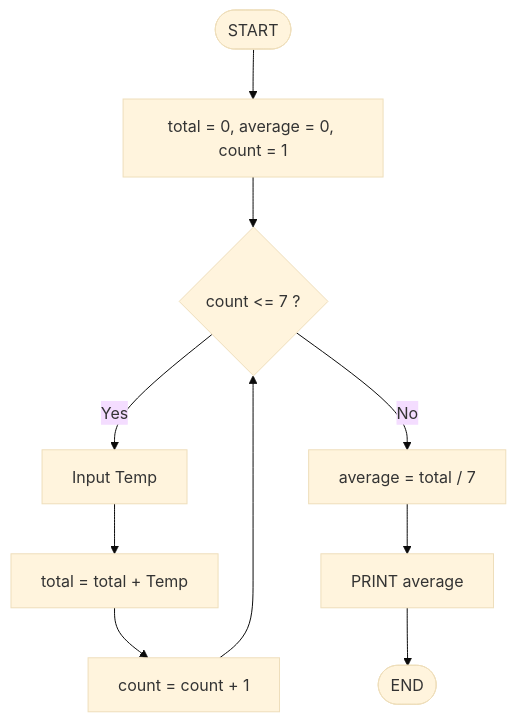
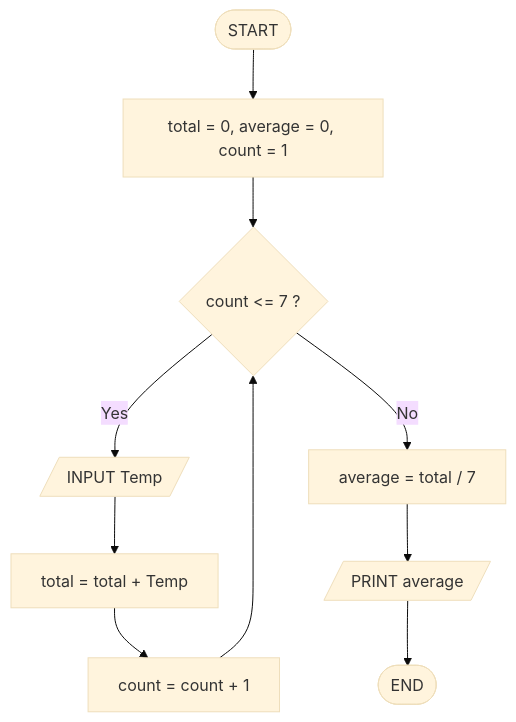
Before and after one commit to SangeethaNachimuthu/pseudocode-flowchart-workshop: the diagram in Exercise 6/AvgTempCalculation.md, drawn with Mermaid (base theme). The commit also changed 10 other files, not shown here.

````diff
--- a/Exercise 6/AvgTempCalculation.md
+++ b/Exercise 6/AvgTempCalculation.md
@@ -1,12 +1,12 @@
 ```mermaid
 flowchart TD
     A([START]) --> B[total = 0, average = 0, count = 1]
     B --> C{count <= 7 ?}
-    C --> |Yes| D[Input Temp]
+    C --> |Yes| D[/INPUT Temp/]
     D --> E[total = total + Temp]
     E --> F[count = count + 1]
     F --> C
     C --> |No| G[average = total / 7]
-    G --> H[PRINT average]
+    G --> H[/PRINT average/]
     H --> I([END])
 ```
````
